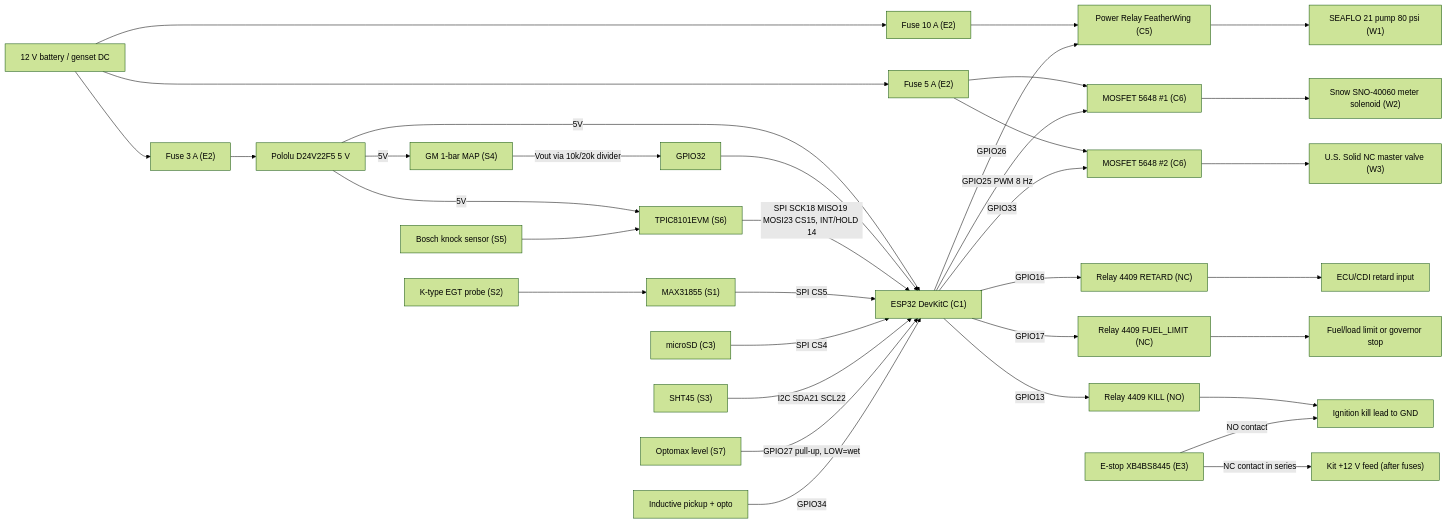
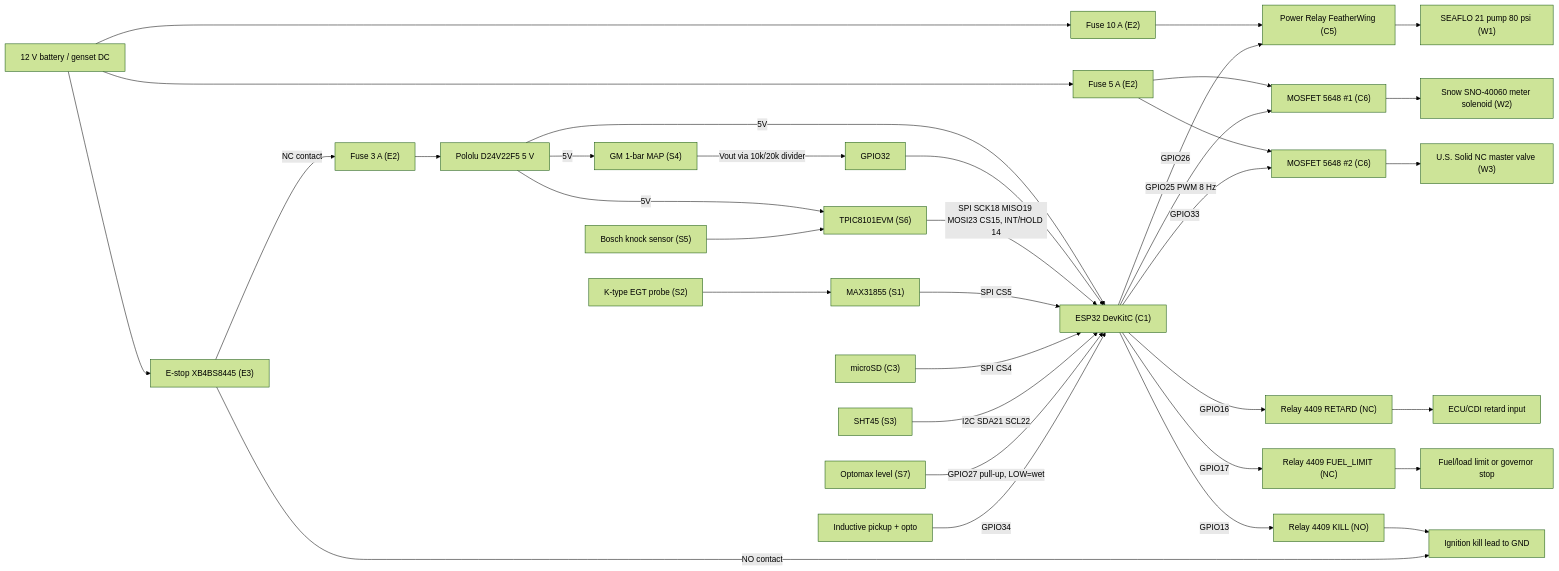
One commit to redwing509/water-engine changed the diagram in hardware/bolt-on-kit/WIRING.md. Above: the diagram before and after it, drawn with Mermaid (forest theme). The commit also changed other lines of this file and 2 other files, not shown here.

Commit message:
bolt-on-kit: E-stop NC contact ahead of controller fuse F1 (Claude review CL-6)

````diff
--- a/hardware/bolt-on-kit/WIRING.md
+++ b/hardware/bolt-on-kit/WIRING.md
@@ -3,26 +3,25 @@
 ```mermaid
 flowchart LR
-  BAT["12 V battery / genset DC"] --> F1["Fuse 3 A (E2)"] --> BUCK["Pololu D24V22F5 5 V"]
+  BAT["12 V battery / genset DC"] --> ES["E-stop XB4BS8445 (E3)"] -->|NC contact| F1["Fuse 3 A (E2)"] --> BUCK["Pololu D24V22F5 5 V"]
   BAT --> F2["Fuse 10 A (E2)"] --> PR["Power Relay FeatherWing (C5)"] --> PUMP["SEAFLO 21 pump 80 psi (W1)"]
   BAT --> F3["Fuse 5 A (E2)"] --> MOS1["MOSFET 5648 #1 (C6)"] --> SOL["Snow SNO-40060 meter solenoid (W2)"]
   F3 --> MOS2["MOSFET 5648 #2 (C6)"] --> NCV["U.S. Solid NC master valve (W3)"]
   BUCK -->|5V| ESP["ESP32 DevKitC (C1)"]
   BUCK -->|5V| MAP["GM 1-bar MAP (S4)"]
   BUCK -->|5V| TPIC["TPIC8101EVM (S6)"]
   ESP -->|GPIO26| PR
   ESP -->|GPIO25 PWM 8 Hz| MOS1
   ESP -->|GPIO33| MOS2
   ESP -->|GPIO16| R1["Relay 4409 RETARD (NC)"] --> ECU1["ECU/CDI retard input"]
   ESP -->|GPIO17| R2["Relay 4409 FUEL_LIMIT (NC)"] --> ECU2["Fuel/load limit or governor stop"]
   ESP -->|GPIO13| R3["Relay 4409 KILL (NO)"] --> KILL["Ignition kill lead to GND"]
-  ES["E-stop XB4BS8445 (E3)"] -->|NO contact| KILL
-  ES -->|NC contact in series| V12["Kit +12 V feed (after fuses)"]
+  ES -->|NO contact| KILL
   MAP -->|"Vout via 10k/20k divider"| A32["GPIO32"] --> ESP
   KS["Bosch knock sensor (S5)"] --> TPIC
   TPIC -->|"SPI SCK18 MISO19 MOSI23 CS15, INT/HOLD 14"| ESP
   TC["K-type EGT probe (S2)"] --> MAX["MAX31855 (S1)"] -->|"SPI CS5"| ESP
   SD["microSD (C3)"] -->|"SPI CS4"| ESP
   SHT["SHT45 (S3)"] -->|"I2C SDA21 SCL22"| ESP
   LVL["Optomax level (S7)"] -->|"GPIO27 pull-up, LOW=wet"| ESP
   IGN["Inductive pickup + opto"] -->|GPIO34| ESP
 ```
````
